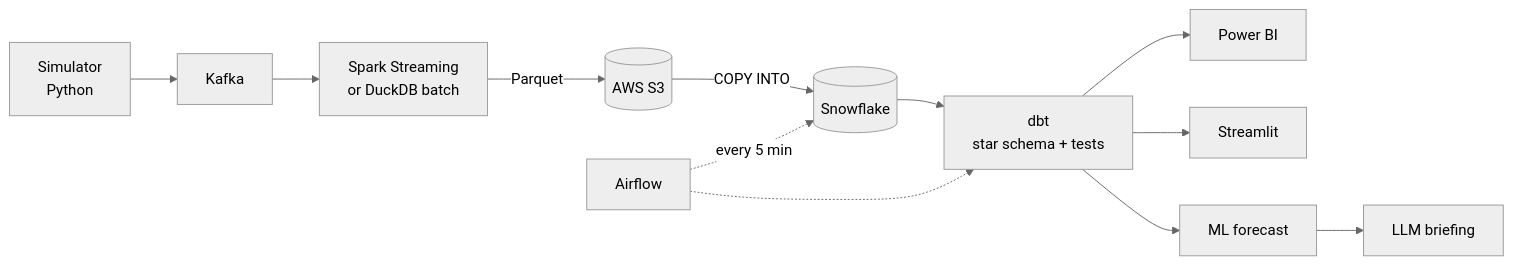
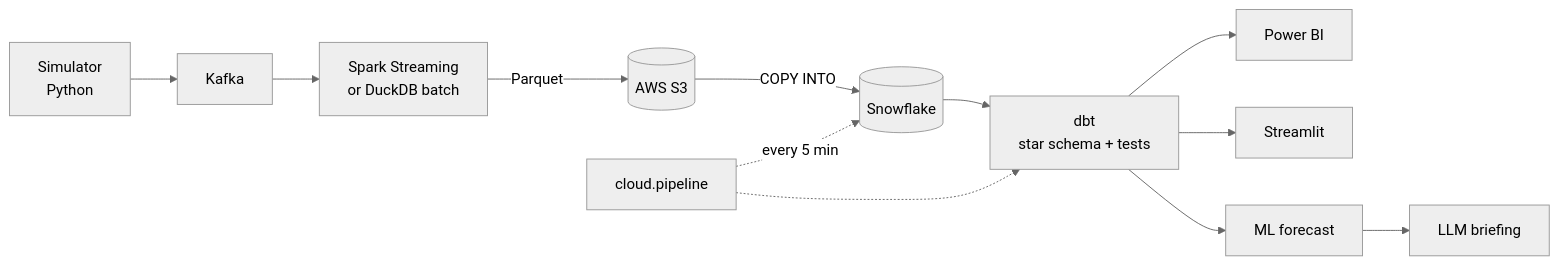
The diagram in README.md (jonna-agnes/BengaluruTrafficAnalysis), drawn with Mermaid (neutral theme) before and after one commit. The commit also changed other lines of this file and 11 other files, not shown here.

````diff
--- a/README.md
+++ b/README.md
@@ -67,13 +74,13 @@
 ```mermaid
 flowchart LR
     A[Simulator<br/>Python] --> B[Kafka]
     B --> C[Spark Streaming<br/>or DuckDB batch]
     C -->|Parquet| D[(AWS S3)]
     D -->|COPY INTO| E[(Snowflake)]
     E --> F[dbt<br/>star schema + tests]
     F --> G[Power BI]
     F --> H[Streamlit]
     F --> I[ML forecast] --> J[LLM briefing]
-    K[Airflow] -.every 5 min.-> E
+    K[cloud.pipeline] -.every 5 min.-> E
     K -.-> F
 ```
````
